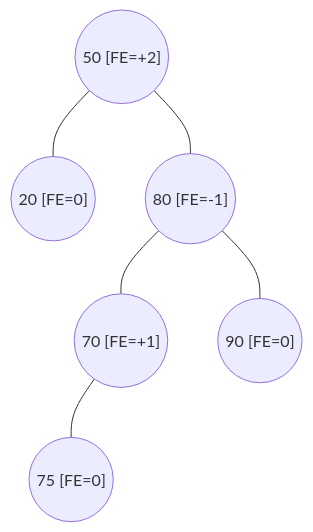
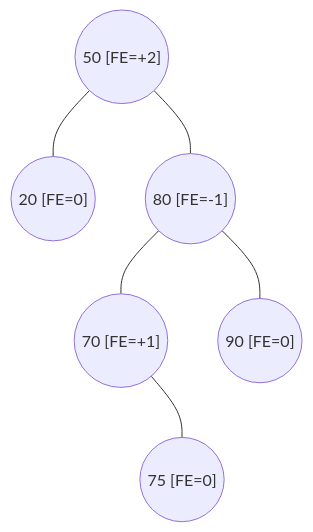
Before and after one commit to frijolitobandido/Guia_Matematica_Discreta: diagram 33 of 38 in 03-arboles.md, drawn with Mermaid. The commit also changed other lines of this file, not shown here.

````diff
--- a/03-arboles.md
+++ b/03-arboles.md
@@ -782,11 +793,12 @@
 ```mermaid
 graph TD
     k1(("50 [FE=+2]")) --- k2(("20 [FE=0]"))
     k1 --- k3(("80 [FE=-1]"))
     k3 --- k4(("70 [FE=+1]"))
     k3 --- k5(("90 [FE=0]"))
+    k4 --- sp1[" "]:::invis
     k4 --- k6(("75 [FE=0]"))
-    k4 ~~~ sp1(( )):::invisible
 
-    classDef invisible fill:none,stroke:none
+    classDef invis fill:none,stroke:none,color:none
+    linkStyle 4 stroke:none;
 ```
````
